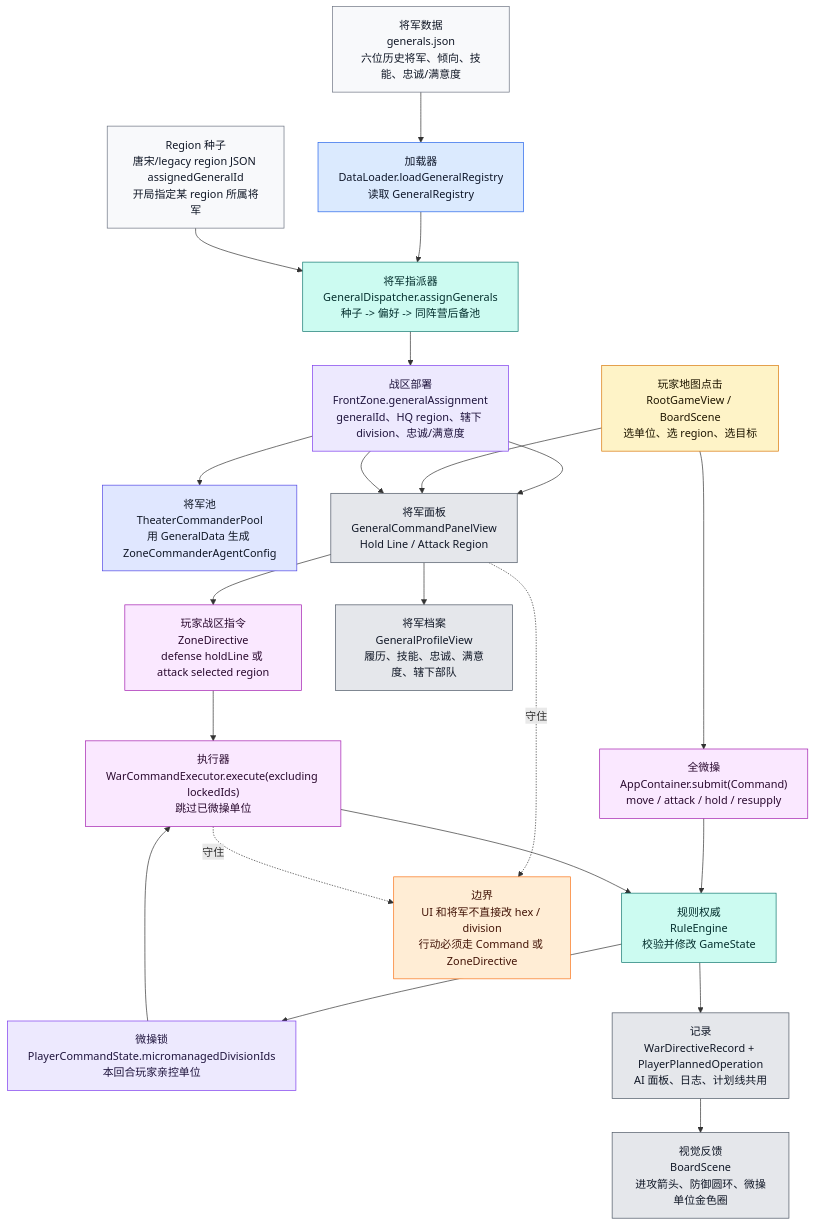
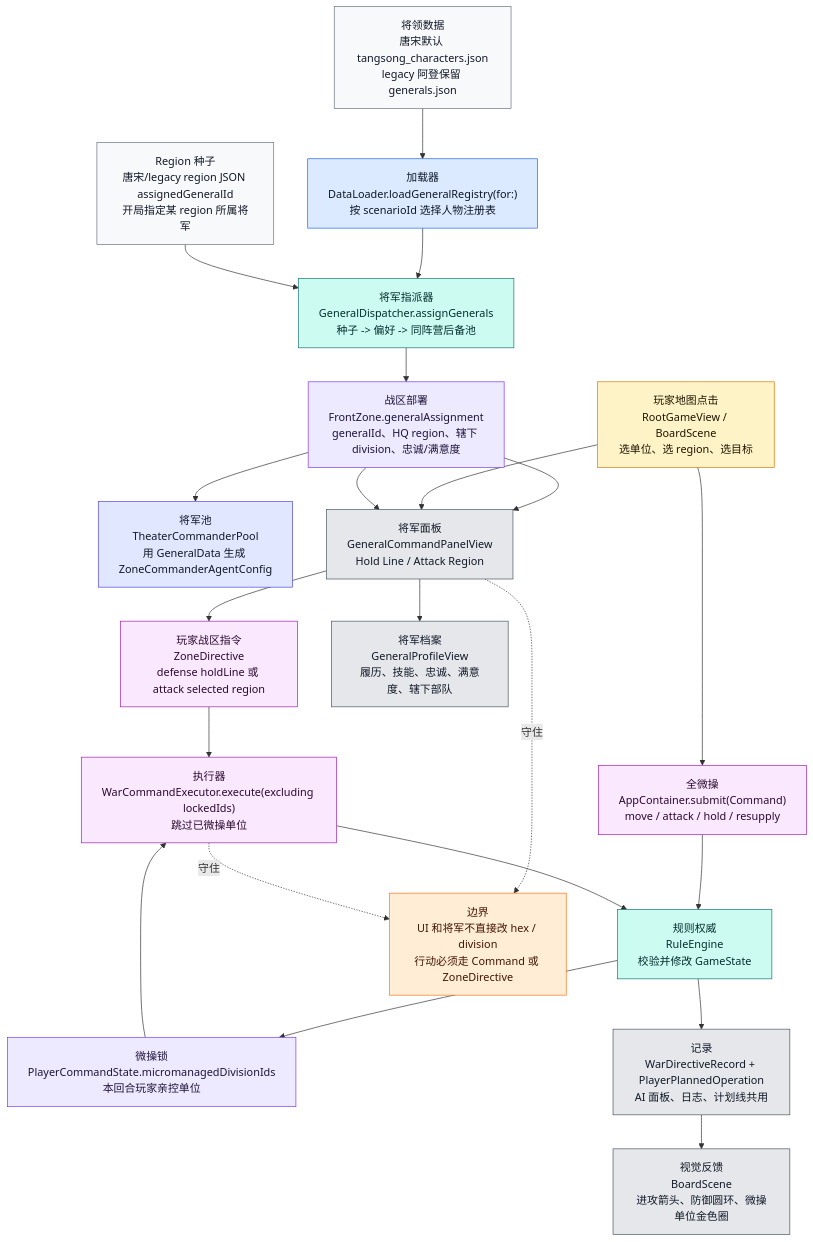
Before and after one commit to Altman-sam114/125: diagram 11 of 12 in md/flow/flowchart.md, drawn with Mermaid. The commit also changed other lines of this file and 10 other files, not shown here.

Commit message:
fix(data): use Tang Song character registry

````diff
--- a/md/flow/flowchart.md
+++ b/md/flow/flowchart.md
@@ -630,42 +631,42 @@
 ```mermaid
 flowchart TD
-    GJSON["将军数据<br/>generals.json<br/>六位历史将军、倾向、技能、忠诚/满意度"]:::data
+    GJSON["将领数据<br/>唐宋默认 tangsong_characters.json<br/>legacy 阿登保留 generals.json"]:::data
     RJSON["Region 种子<br/>唐宋/legacy region JSON assignedGeneralId<br/>开局指定某 region 所属将军"]:::data
-    DL["加载器<br/>DataLoader.loadGeneralRegistry<br/>读取 GeneralRegistry"]:::loader
+    DL["加载器<br/>DataLoader.loadGeneralRegistry(for:)<br/>按 scenarioId 选择人物注册表"]:::loader
     DISP["将军指派器<br/>GeneralDispatcher.assignGenerals<br/>种子 -> 偏好 -> 同阵营后备池"]:::rules
     FZ["战区部署<br/>FrontZone.generalAssignment<br/>generalId、HQ region、辖下 division、忠诚/满意度"]:::state
     POOL["将军池<br/>TheaterCommanderPool<br/>用 GeneralData 生成 ZoneCommanderAgentConfig"]:::ai
 
     TAP["玩家地图点击<br/>RootGameView / BoardScene<br/>选单位、选 region、选目标"]:::input
     MICRO["全微操<br/>AppContainer.submit(Command)<br/>move / attack / hold / resupply"]:::command
     LOCK["微操锁<br/>PlayerCommandState.micromanagedDivisionIds<br/>本回合玩家亲控单位"]:::state
     GENUI["将军面板<br/>GeneralCommandPanelView<br/>Hold Line / Attack Region"]:::ui
     ZD["玩家战区指令<br/>ZoneDirective<br/>defense holdLine 或 attack selected region"]:::command
     WCE["执行器<br/>WarCommandExecutor.execute(excluding lockedIds)<br/>跳过已微操单位"]:::command
     RE["规则权威<br/>RuleEngine<br/>校验并修改 GameState"]:::rules
     RECORD["记录<br/>WarDirectiveRecord + PlayerPlannedOperation<br/>AI 面板、日志、计划线共用"]:::ui
     BOARD["视觉反馈<br/>BoardScene<br/>进攻箭头、防御圆环、微操单位金色圈"]:::ui
     PROFILE["将军档案<br/>GeneralProfileView<br/>履历、技能、忠诚、满意度、辖下部队"]:::ui
 
     GJSON --> DL --> DISP
     RJSON --> DISP --> FZ --> POOL
     FZ --> GENUI --> PROFILE
     TAP --> MICRO --> RE --> LOCK
     LOCK --> WCE
     TAP --> GENUI --> ZD --> WCE --> RE --> RECORD --> BOARD
     FZ --> GENUI
 
     WARN["边界<br/>UI 和将军不直接改 hex / division<br/>行动必须走 Command 或 ZoneDirective"]:::warn
     GENUI -.守住.-> WARN
     WCE -.守住.-> WARN
 
     classDef data fill:#f8f9fb,stroke:#6b7280,color:#111827
     classDef loader fill:#dbeafe,stroke:#2563eb,color:#0f172a
     classDef state fill:#ede9fe,stroke:#7c3aed,color:#1f143d
     classDef ai fill:#e0e7ff,stroke:#4f46e5,color:#111827
     classDef input fill:#fef3c7,stroke:#d97706,color:#1f1600
     classDef command fill:#fae8ff,stroke:#a21caf,color:#2a0a2f
     classDef rules fill:#ccfbf1,stroke:#0f766e,color:#042f2e
     classDef ui fill:#e5e7eb,stroke:#4b5563,color:#111827
     classDef warn fill:#ffedd5,stroke:#f97316,color:#431407
 ```
````
